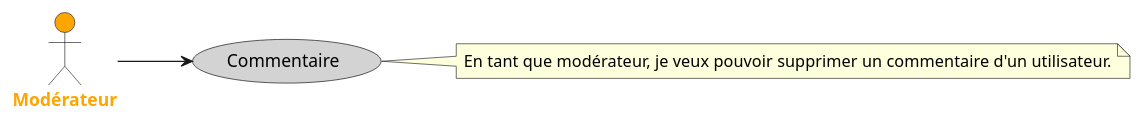
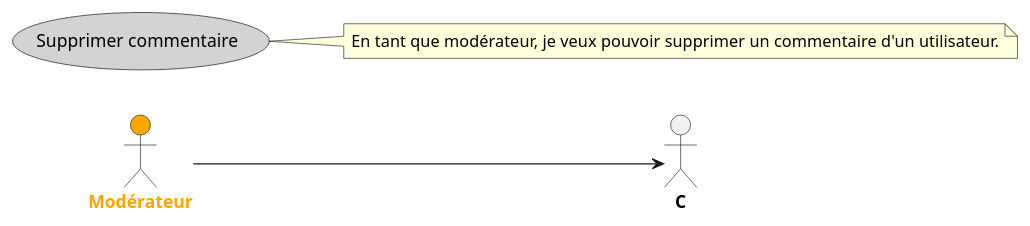
The diagram in public/conception/diagrams/user stories/ModComment.puml (fledgless/Fortuna-Nexus), drawn with PlantUML before and after one commit. The commit also changed 9 other files, not shown here.

```diff
--- a/public/conception/diagrams/user stories/ModComment.puml
+++ b/public/conception/diagrams/user stories/ModComment.puml
@@ -1,22 +1,22 @@
 @startuml UserStoryModComment
 
 left to right direction
 skinparam actorFontStyle bold
 skinparam usecase {
     BackgroundColor YellowGreen
     BorderColor Black
 }
 
 actor "Modérateur" as M #Orange;text:Orange
 
-usecase "Commentaire" as C #LightGray;text:Black
+usecase "Supprimer commentaire" as Sc #LightGray;text:Black
 
 ' Relations entre acteurs et cas d'utilisation
 M --> C
 
 ' Description des cas d'utilisation
-note right of C
+note right of Sc
     En tant que modérateur, je veux pouvoir supprimer un commentaire d'un utilisateur.
 end note
 
 @enduml
```
